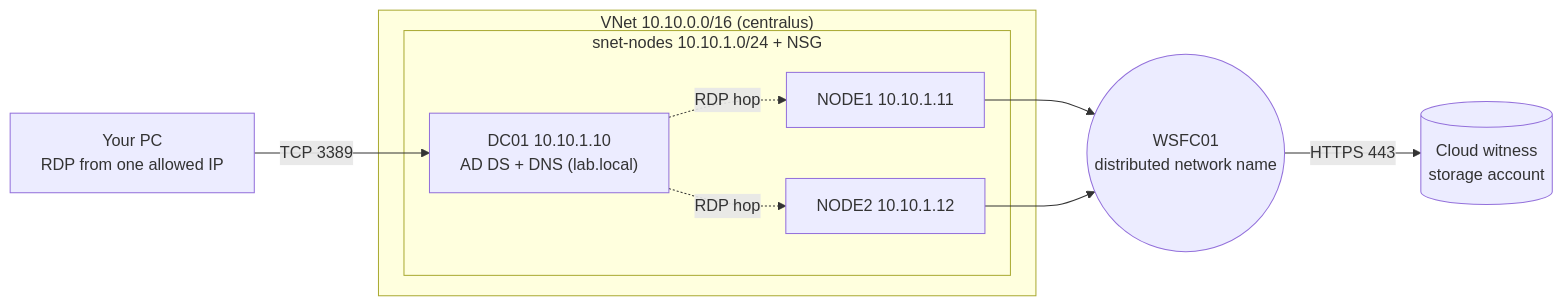
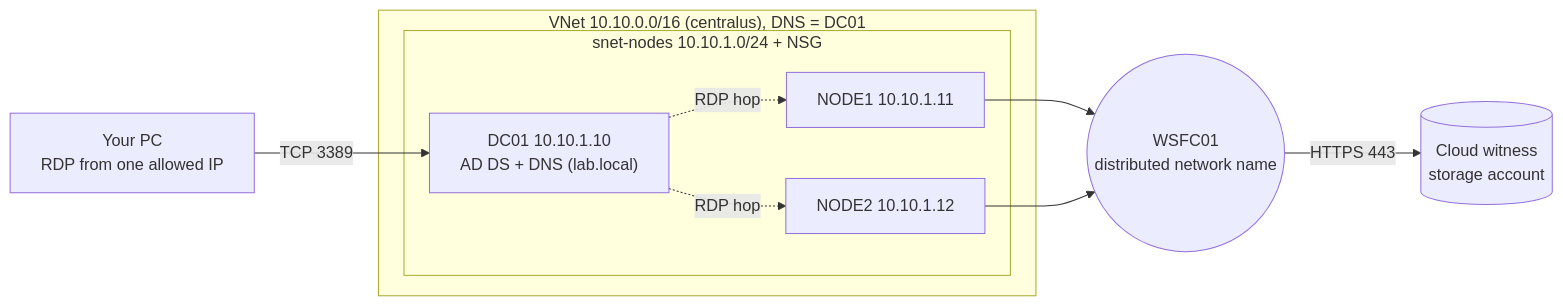
Before and after one commit to andmurill/azure-wsfc-lab: the first of 2 diagrams in README.md, drawn with Mermaid. The commit also changed other lines of this file, not shown here.

````diff
--- a/README.md
+++ b/README.md
@@ -11,16 +20,16 @@
 ```mermaid
 flowchart LR
   pc["Your PC<br/>RDP from one allowed IP"] -->|TCP 3389| dc
-  subgraph vnet["VNet 10.10.0.0/16 (centralus)"]
+  subgraph vnet["VNet 10.10.0.0/16 (centralus), DNS = DC01"]
     subgraph subnet["snet-nodes 10.10.1.0/24 + NSG"]
       dc["DC01 10.10.1.10<br/>AD DS + DNS (lab.local)"]
       n1["NODE1 10.10.1.11"]
       n2["NODE2 10.10.1.12"]
     end
   end
   dc -.->|RDP hop| n1
   dc -.->|RDP hop| n2
   n1 --> cluster(("WSFC01<br/>distributed network name"))
   n2 --> cluster
   cluster -->|HTTPS 443| witness[("Cloud witness<br/>storage account")]
 ```
````
